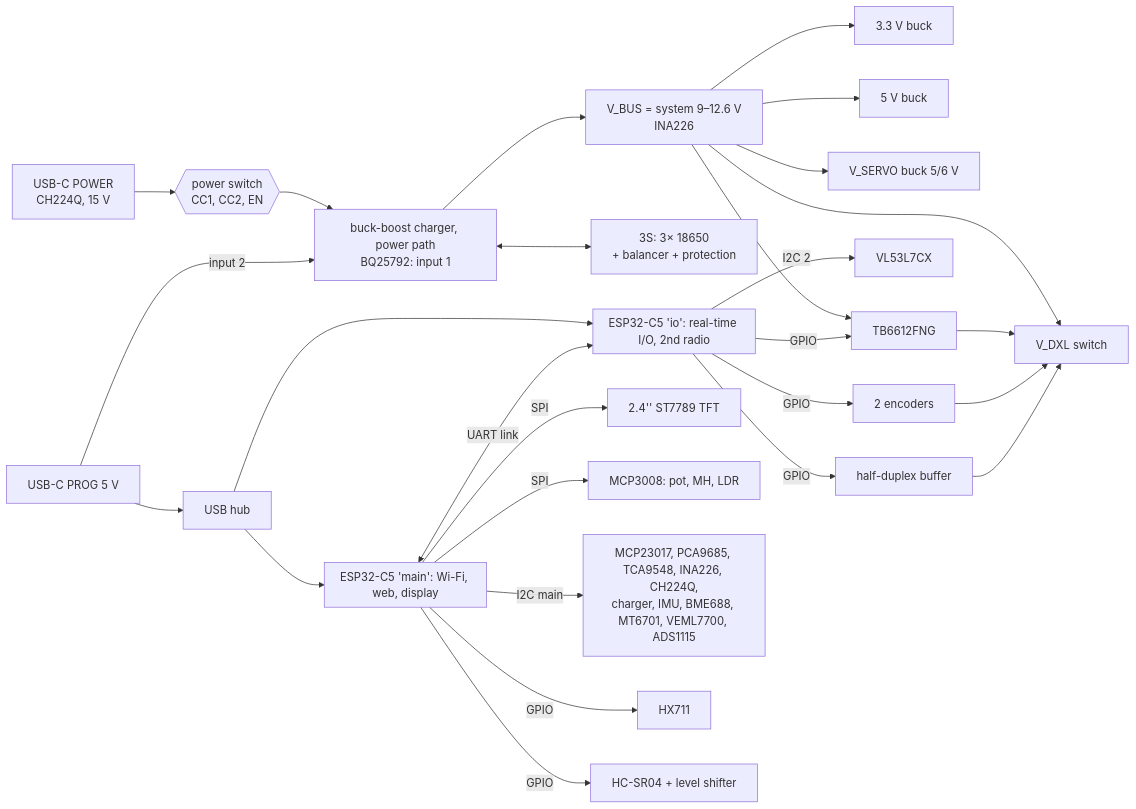
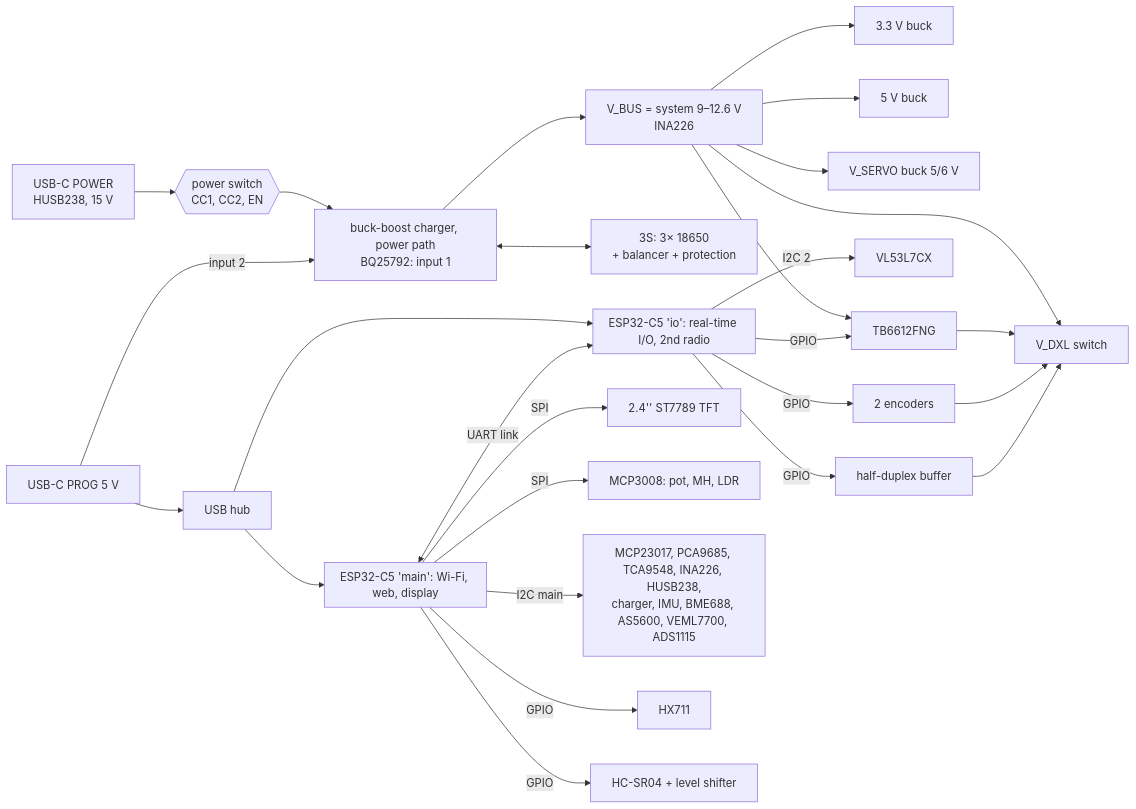
The diagram in Electronics_KiCad/PCB_SPEC.md (vgroenhuis/SensorTestSetup), drawn with Mermaid before and after one commit. The commit also changed other lines of this file, not shown here.

````diff
--- a/Electronics_KiCad/PCB_SPEC.md
+++ b/Electronics_KiCad/PCB_SPEC.md
@@ -44,23 +44,23 @@
 ```mermaid
 flowchart LR
-  PD[USB-C POWER<br>CH224Q, 15 V] --> SW{{power switch<br>CC1, CC2, EN}}
+  PD[USB-C POWER<br>HUSB238, 15 V] --> SW{{power switch<br>CC1, CC2, EN}}
   SW --> CHG[buck-boost charger, power path<br>BQ25792: input 1]
   PROG[USB-C PROG 5 V] --> HUB[USB hub]
   PROG -- input 2 --> CHG
   HUB --> A & B
   CHG <--> BAT[3S: 3× 18650<br>+ balancer + protection]
   CHG --> VBUS[V_BUS = system 9–12.6 V<br>INA226]
   VBUS --> R33[3.3 V buck] & R5[5 V buck] & SERVO[V_SERVO buck 5/6 V] & MOT[TB6612FNG] & DXL[V_DXL switch]
   subgraph A[ESP32-C5 'main': Wi-Fi, web, display]
     direction TB
   end
   subgraph B[ESP32-C5 'io': real-time I/O, 2nd radio]
     direction TB
   end
   A <-- UART link --> B
   A -- SPI --> TFT[2.4'' ST7789 TFT] & ADC8[MCP3008: pot, MH, LDR]
-  A -- I2C main --> I2CDEV[MCP23017, PCA9685, TCA9548, INA226, CH224Q,<br>charger, IMU, BME688, MT6701, VEML7700, ADS1115]
+  A -- I2C main --> I2CDEV[MCP23017, PCA9685, TCA9548, INA226, HUSB238,<br>charger, IMU, BME688, AS5600, VEML7700, ADS1115]
   A -- GPIO --> HX[HX711] & US[HC-SR04 + level shifter]
   B -- I2C 2 --> TOF[VL53L7CX]
   B -- GPIO --> MOT & ENC[2 encoders] & DXLBUF[half-duplex buffer] --> DXL
 ```
````
